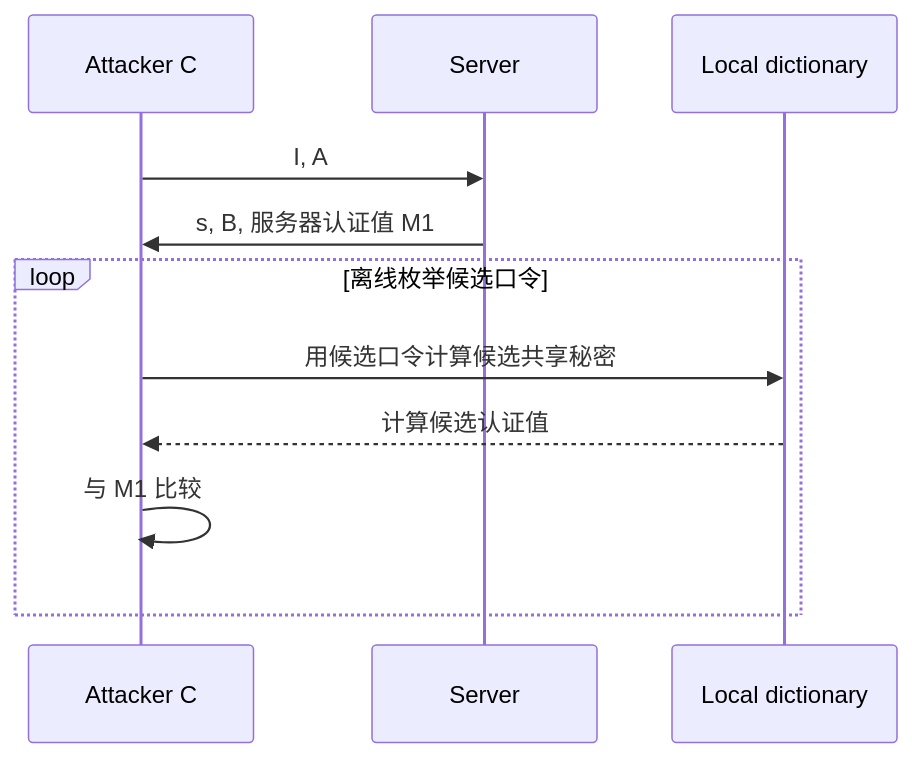
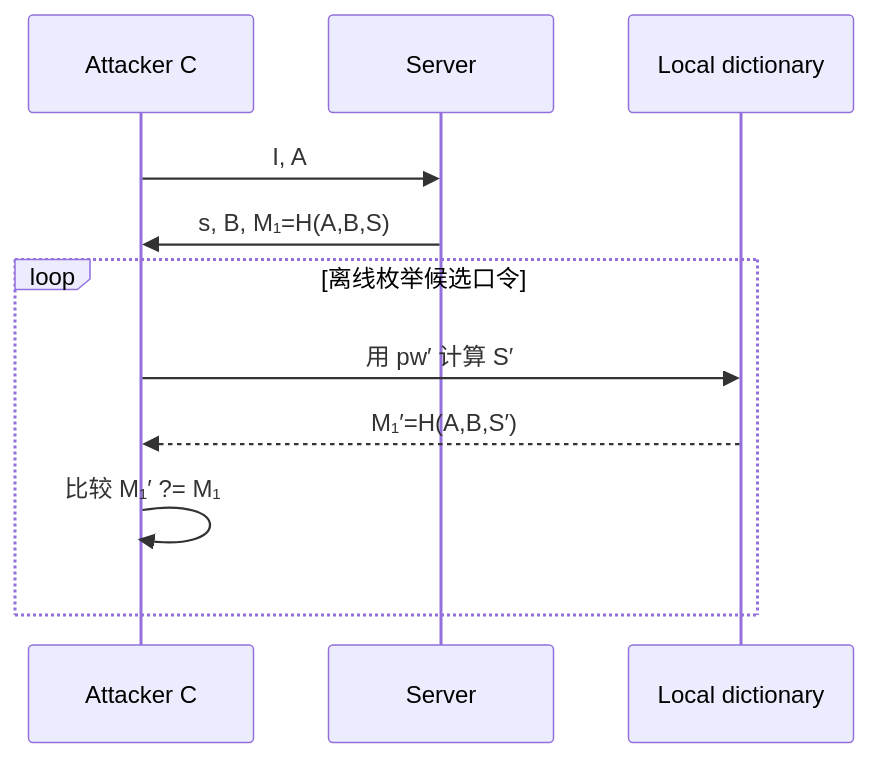
Diagram 14 of 21 in 大三下/密码协议/密码协议期末复习-Obsidian视觉版.md (22mouseok-crypto/obsidian-vault), drawn with Mermaid before and after one commit. The commit also changed other lines of this file, not shown here.

````diff
--- a/大三下/密码协议/密码协议期末复习-Obsidian视觉版.md
+++ b/大三下/密码协议/密码协议期末复习-Obsidian视觉版.md
@@ -538,14 +538,14 @@
 ```mermaid
 sequenceDiagram
     participant C as Attacker C
     participant S as Server
     participant L as Local dictionary
 
     C->>S: I, A
-    S->>C: s, B, 服务器认证值 M1
+    S->>C: s, B, M₁=H(A,B,S)
     loop 离线枚举候选口令
-        C->>L: 用候选口令计算候选共享秘密
-        L-->>C: 计算候选认证值
-        C->>C: 与 M1 比较
+        C->>L: 用 pw′ 计算 S′
+        L-->>C: M₁′=H(A,B,S′)
+        C->>C: 比较 M₁′ ?= M₁
     end
 ```
````
